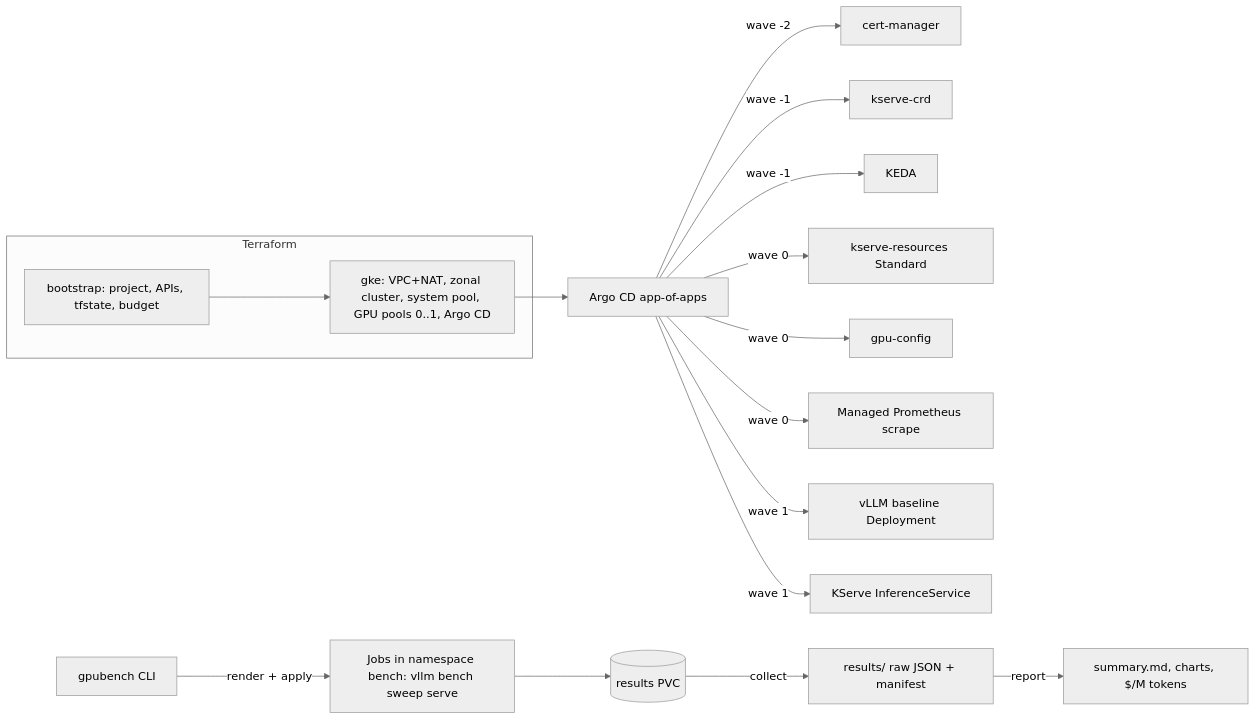
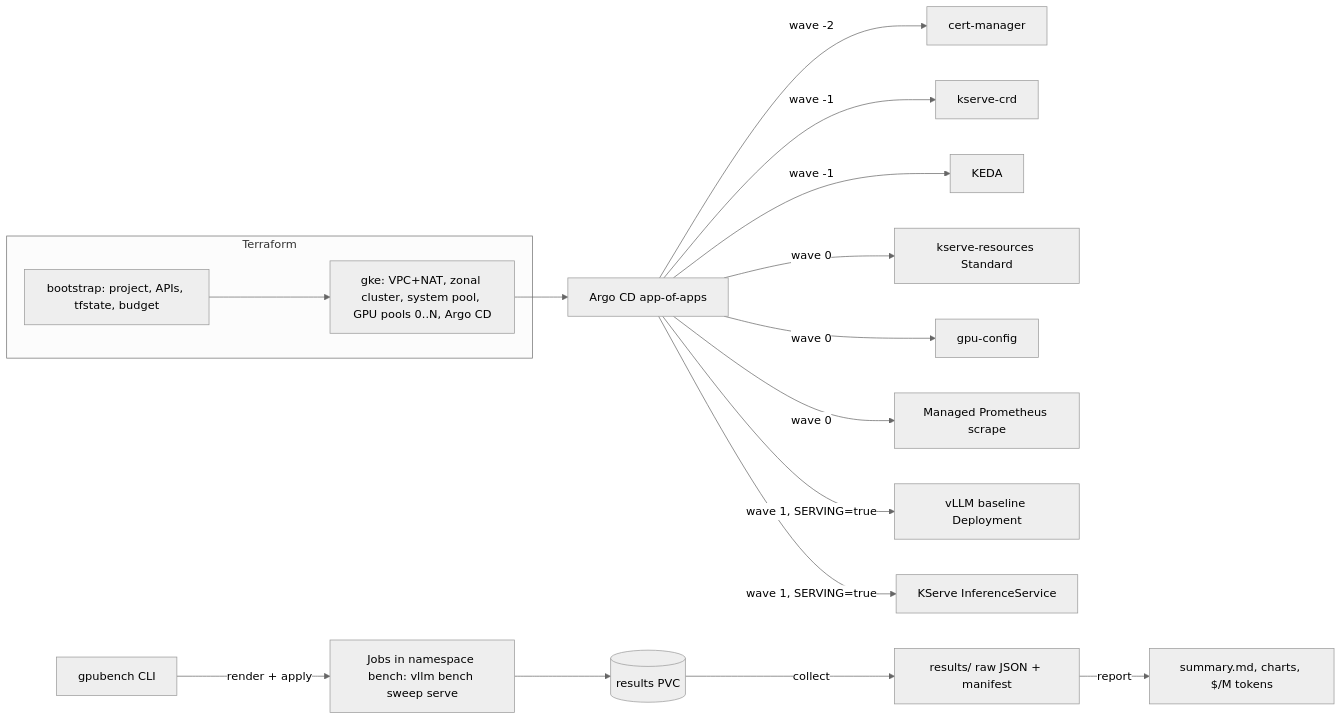
One commit to ExelleR/gpu-inference-platform changed the diagram in README.md. Above: the diagram before and after it, drawn with Mermaid (neutral theme). The commit also changed other lines of this file and 14 other files, not shown here.

````diff
--- a/README.md
+++ b/README.md
@@ -20,15 +21,15 @@
 ```mermaid
 flowchart LR
   subgraph tf[Terraform]
-    B[bootstrap: project, APIs, tfstate, budget] --> G[gke: VPC+NAT, zonal cluster, system pool, GPU pools 0..1, Argo CD]
+    B[bootstrap: project, APIs, tfstate, budget] --> G[gke: VPC+NAT, zonal cluster, system pool, GPU pools 0..N, Argo CD]
   end
   G --> A[Argo CD app-of-apps]
   A -->|wave -2| CM[cert-manager]
   A -->|wave -1| CRD[kserve-crd] & KEDA[KEDA]
   A -->|wave 0| KS[kserve-resources Standard] & GPU[gpu-config] & MON[Managed Prometheus scrape]
-  A -->|wave 1| V[vLLM baseline Deployment] & I[KServe InferenceService]
+  A -->|wave 1, SERVING=true| V[vLLM baseline Deployment] & I[KServe InferenceService]
   H[gpubench CLI] -->|render + apply| J[Jobs in namespace bench: vllm bench sweep serve]
   J --> P[(results PVC)]
   P -->|collect| R[results/ raw JSON + manifest]
   R -->|report| S[summary.md, charts, $/M tokens]
 ```
````
